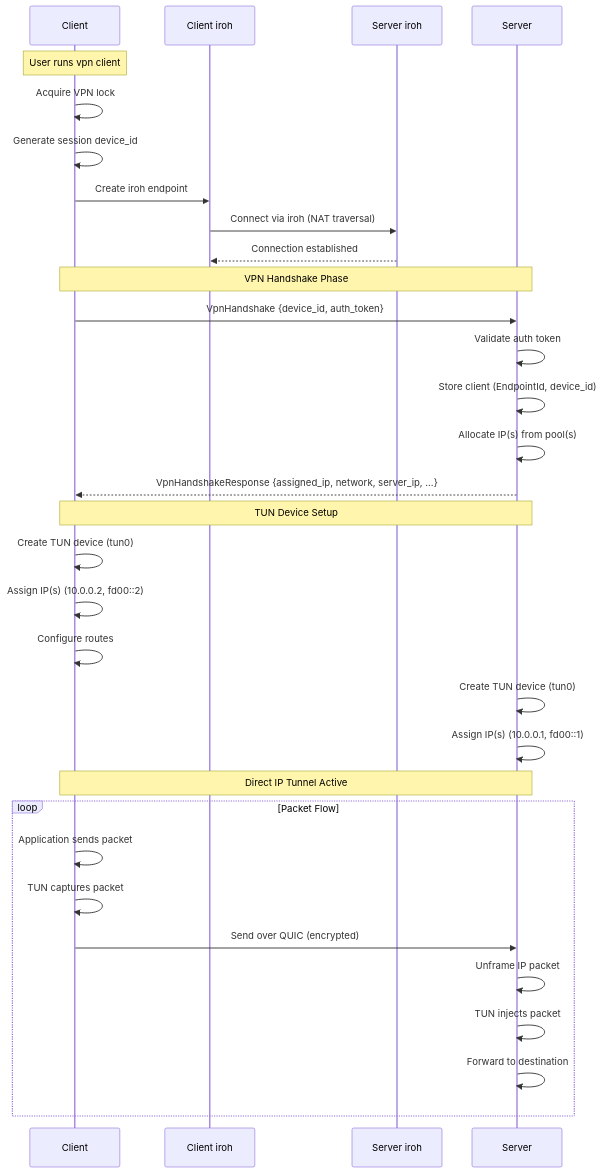
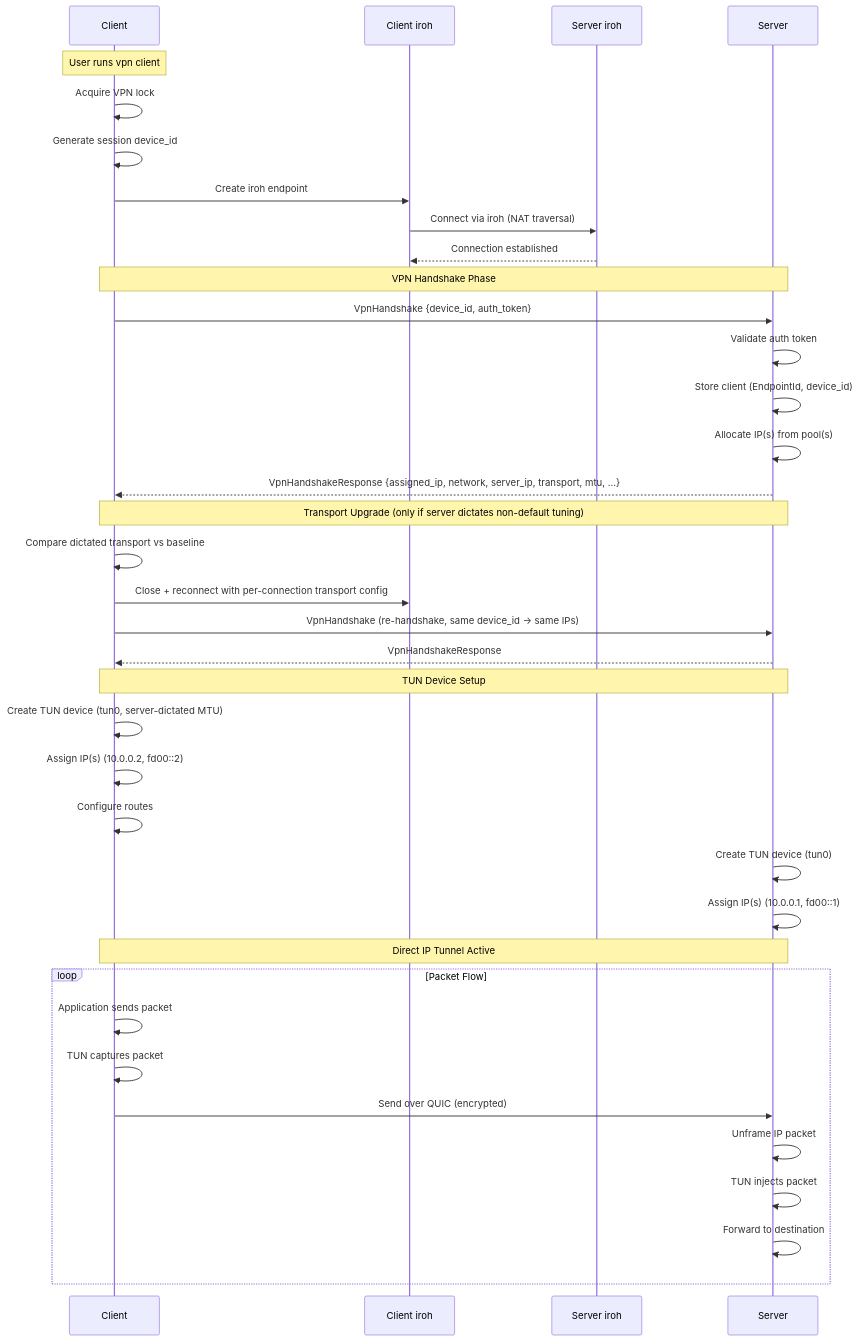
Before and after one commit to andrewtheguy/vpn-rs: the third of 7 diagrams in docs/ARCHITECTURE.md, drawn with Mermaid. The commit also changed other lines of this file and 14 other files, not shown here.

Commit message:
server initiated config

````diff
--- a/docs/ARCHITECTURE.md
+++ b/docs/ARCHITECTURE.md
@@ -75,39 +75,45 @@
 ```mermaid
 sequenceDiagram
     participant C as Client
     participant CI as Client iroh
     participant SI as Server iroh
     participant S as Server
 
     Note over C: User runs vpn client
     C->>C: Acquire VPN lock
     C->>C: Generate session device_id
     C->>CI: Create iroh endpoint
 
     CI->>SI: Connect via iroh (NAT traversal)
     SI-->>CI: Connection established
 
     Note over C,S: VPN Handshake Phase
     C->>S: VpnHandshake {device_id, auth_token}
     S->>S: Validate auth token
     S->>S: Store client (EndpointId, device_id)
     S->>S: Allocate IP(s) from pool(s)
-    S-->>C: VpnHandshakeResponse {assigned_ip, network, server_ip, ...}
+    S-->>C: VpnHandshakeResponse {assigned_ip, network, server_ip, transport, mtu, ...}
+
+    Note over C,S: Transport Upgrade (only if server dictates non-default tuning)
+    C->>C: Compare dictated transport vs baseline
+    C->>CI: Close + reconnect with per-connection transport config
+    C->>S: VpnHandshake (re-handshake, same device_id → same IPs)
+    S-->>C: VpnHandshakeResponse
 
     Note over C,S: TUN Device Setup
-    C->>C: Create TUN device (tun0)
+    C->>C: Create TUN device (tun0, server-dictated MTU)
     C->>C: Assign IP(s) (10.0.0.2, fd00::2)
     C->>C: Configure routes
     S->>S: Create TUN device (tun0)
     S->>S: Assign IP(s) (10.0.0.1, fd00::1)
 
     Note over C,S: Direct IP Tunnel Active
     loop Packet Flow
         C->>C: Application sends packet
         C->>C: TUN captures packet
         C->>S: Send over QUIC (encrypted)
         S->>S: Unframe IP packet
         S->>S: TUN injects packet
         S->>S: Forward to destination
     end
 ```
````
